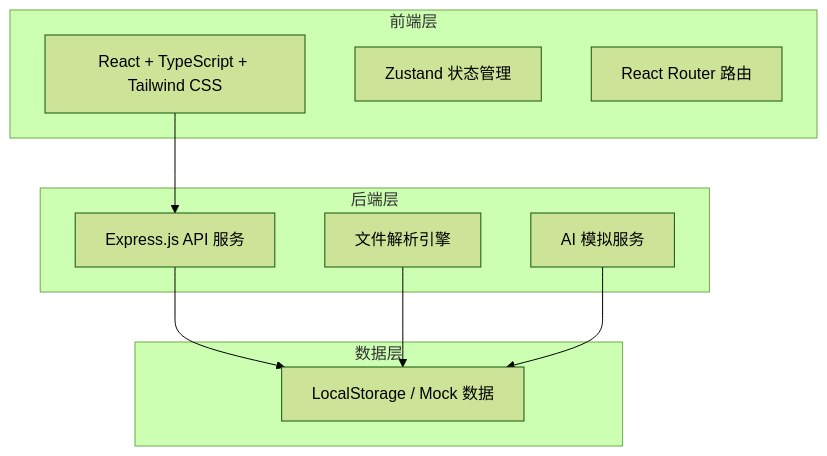
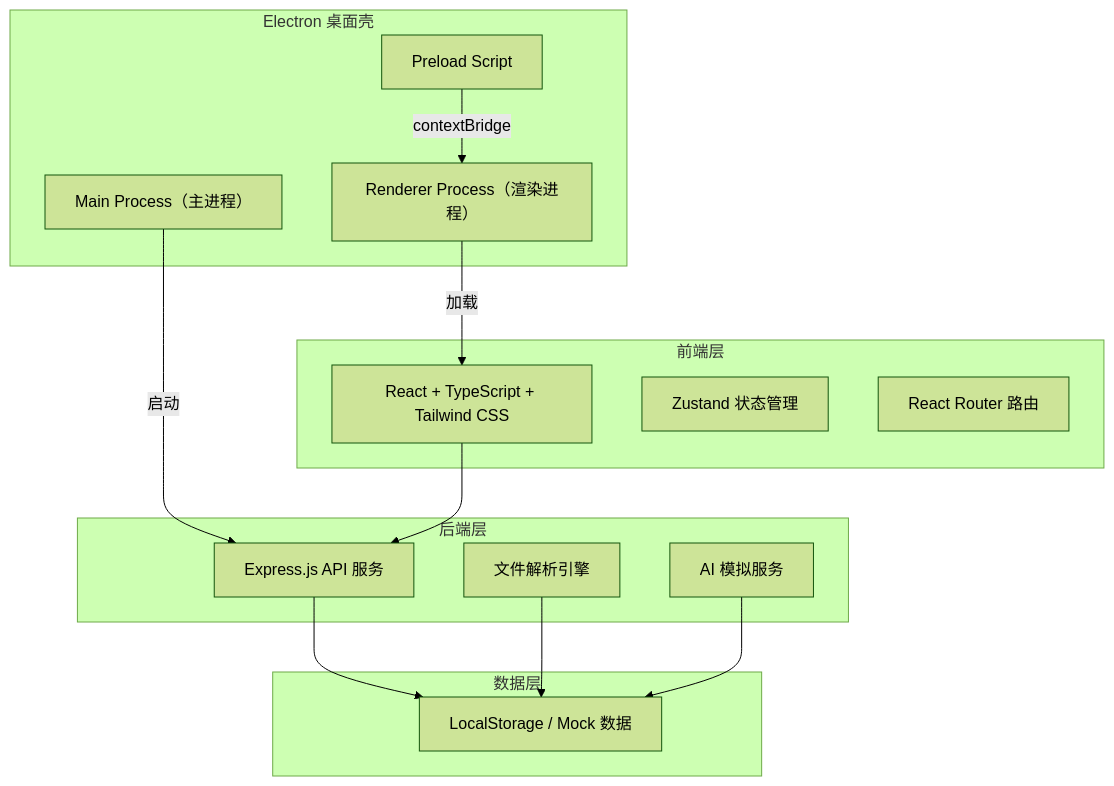
One commit to KKChen666/Old-Z changed the first of 2 diagrams in .trae/documents/technical-architecture.md. Above: the diagram before and after it, drawn with Mermaid (forest theme). The commit also changed other lines of this file and 21 other files, not shown here.

````diff
--- a/.trae/documents/technical-architecture.md
+++ b/.trae/documents/technical-architecture.md
@@ -5,20 +5,28 @@
 ```mermaid
 graph TB
+    subgraph Electron["Electron 桌面壳"]
+        M["Main Process（主进程）"]
+        R["Renderer Process（渲染进程）"]
+        P["Preload Script"]
+    end
     subgraph Frontend["前端层"]
         A["React + TypeScript + Tailwind CSS"]
         B["Zustand 状态管理"]
         C["React Router 路由"]
     end
     subgraph Backend["后端层"]
         D["Express.js API 服务"]
         E["文件解析引擎"]
         F["AI 模拟服务"]
     end
     subgraph Data["数据层"]
         G["LocalStorage / Mock 数据"]
     end
+    M -->|"启动"| D
+    R -->|"加载"| A
+    P -->|"contextBridge"| R
     A --> D
     D --> G
     E --> G
     F --> G
 ```
````
